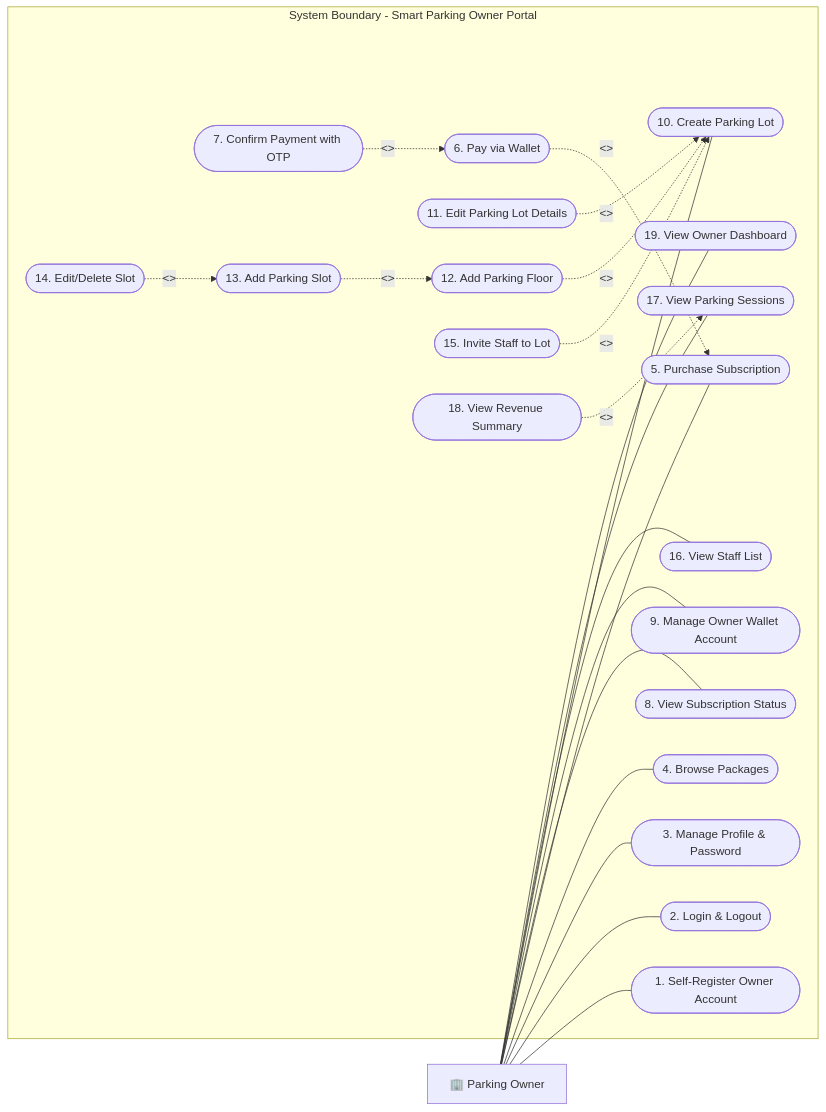
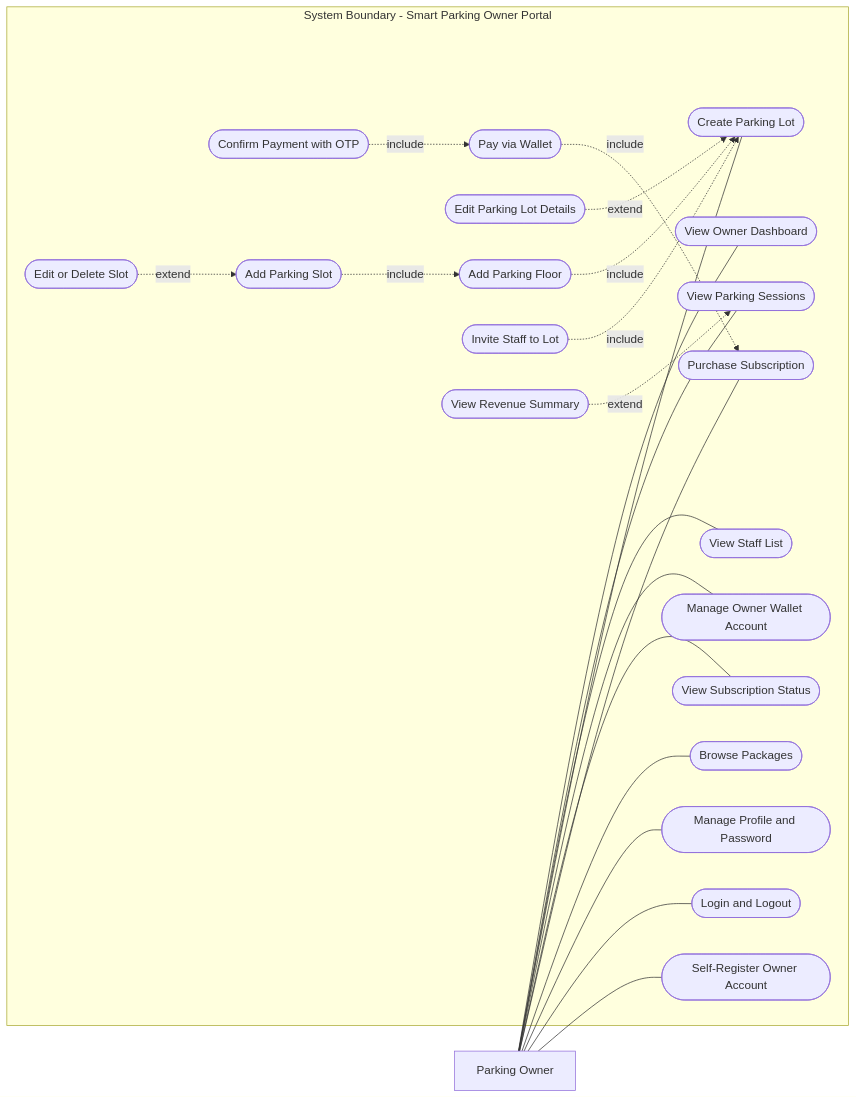
One commit to kxunsithu/smart-parking-lot-system changed the fourth of 16 diagrams in docs/Smart_Parking_Lot_System_Documentation.md. Above: the diagram before and after it, drawn with Mermaid. The commit also changed other lines of this file and 1 other file, not shown here.

````diff
--- a/docs/Smart_Parking_Lot_System_Documentation.md
+++ b/docs/Smart_Parking_Lot_System_Documentation.md
@@ -644,48 +688,48 @@
 ```mermaid
 graph LR
-    Owner["🏢 Parking Owner"]
+    Owner["Parking Owner"]
 
     subgraph "System Boundary - Smart Parking Owner Portal"
-        A0(["1. Self-Register Owner Account"])
-        A1(["2. Login & Logout"])
-        A2(["3. Manage Profile & Password"])
-        B1(["4. Browse Packages"])
-        B2(["5. Purchase Subscription"])
-        B3(["6. Pay via Wallet"])
-        B4(["7. Confirm Payment with OTP"])
-        B5(["8. View Subscription Status"])
-        C1(["9. Manage Owner Wallet Account"])
-        D1(["10. Create Parking Lot"])
-        D2(["11. Edit Parking Lot Details"])
-        D3(["12. Add Parking Floor"])
-        D4(["13. Add Parking Slot"])
-        D5(["14. Edit/Delete Slot"])
-        E1(["15. Invite Staff to Lot"])
-        E2(["16. View Staff List"])
-        F1(["17. View Parking Sessions"])
-        F2(["18. View Revenue Summary"])
-        F3(["19. View Owner Dashboard"])
+        A0(["Self-Register Owner Account"])
+        A1(["Login and Logout"])
+        A2(["Manage Profile and Password"])
+        B1(["Browse Packages"])
+        B2(["Purchase Subscription"])
+        B3(["Pay via Wallet"])
+        B4(["Confirm Payment with OTP"])
+        B5(["View Subscription Status"])
+        C1(["Manage Owner Wallet Account"])
+        D1(["Create Parking Lot"])
+        D2(["Edit Parking Lot Details"])
+        D3(["Add Parking Floor"])
+        D4(["Add Parking Slot"])
+        D5(["Edit or Delete Slot"])
+        E1(["Invite Staff to Lot"])
+        E2(["View Staff List"])
+        F1(["View Parking Sessions"])
+        F2(["View Revenue Summary"])
+        F3(["View Owner Dashboard"])
     end
 
     Owner --- A0
     Owner --- A1
     Owner --- A2
     Owner --- B1
     Owner --- B2
     Owner --- B5
     Owner --- C1
     Owner --- D1
     Owner --- E2
     Owner --- F1
     Owner --- F3
 
-    %% include & extend relationships
-    B3 -.->|"<<include>>"| B2
-    B4 -.->|"<<include>>"| B3
-    D3 -.->|"<<include>>"| D1
-    D4 -.->|"<<include>>"| D3
-    E1 -.->|"<<include>>"| D1
-    D2 -.->|"<<extend>>"| D1
-    D5 -.->|"<<extend>>"| D4
-    F2 -.->|"<<extend>>"| F1
+    %% include and extend relationships
+    B3 -.->|include| B2
+    B4 -.->|include| B3
+    D3 -.->|include| D1
+    D4 -.->|include| D3
+    E1 -.->|include| D1
+    D2 -.->|extend| D1
+    D5 -.->|extend| D4
+    F2 -.->|extend| F1
 ```
````
